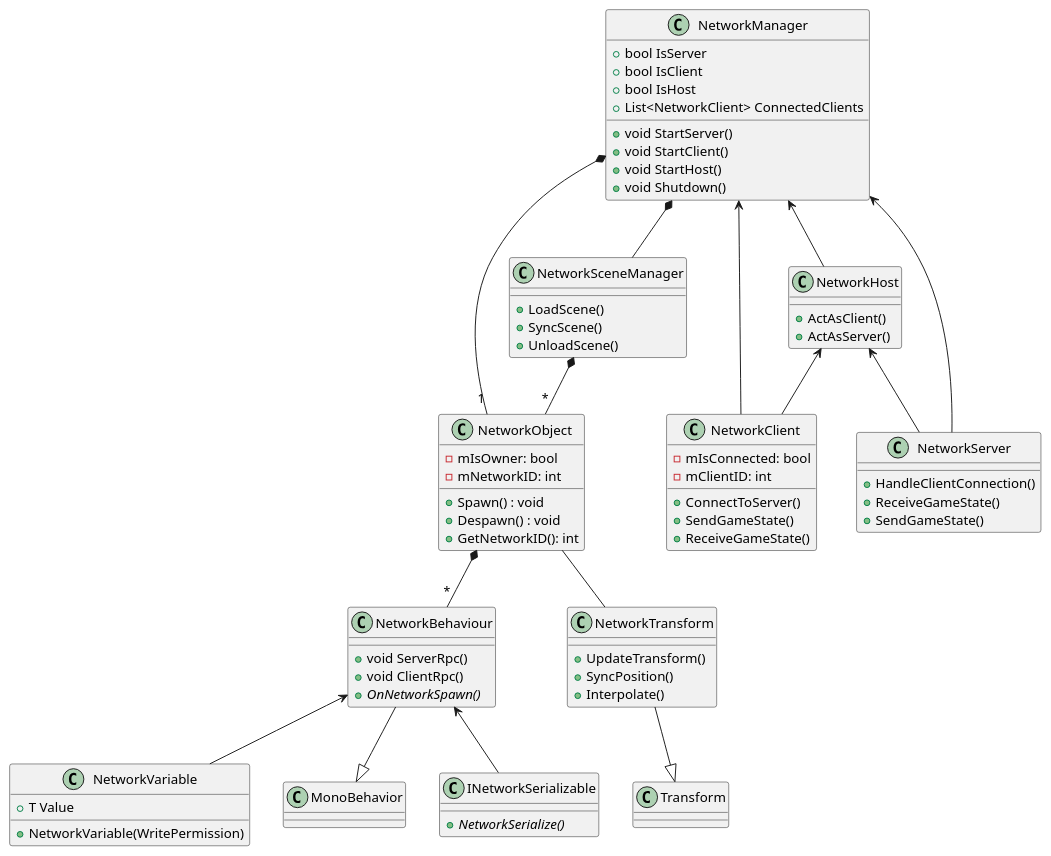
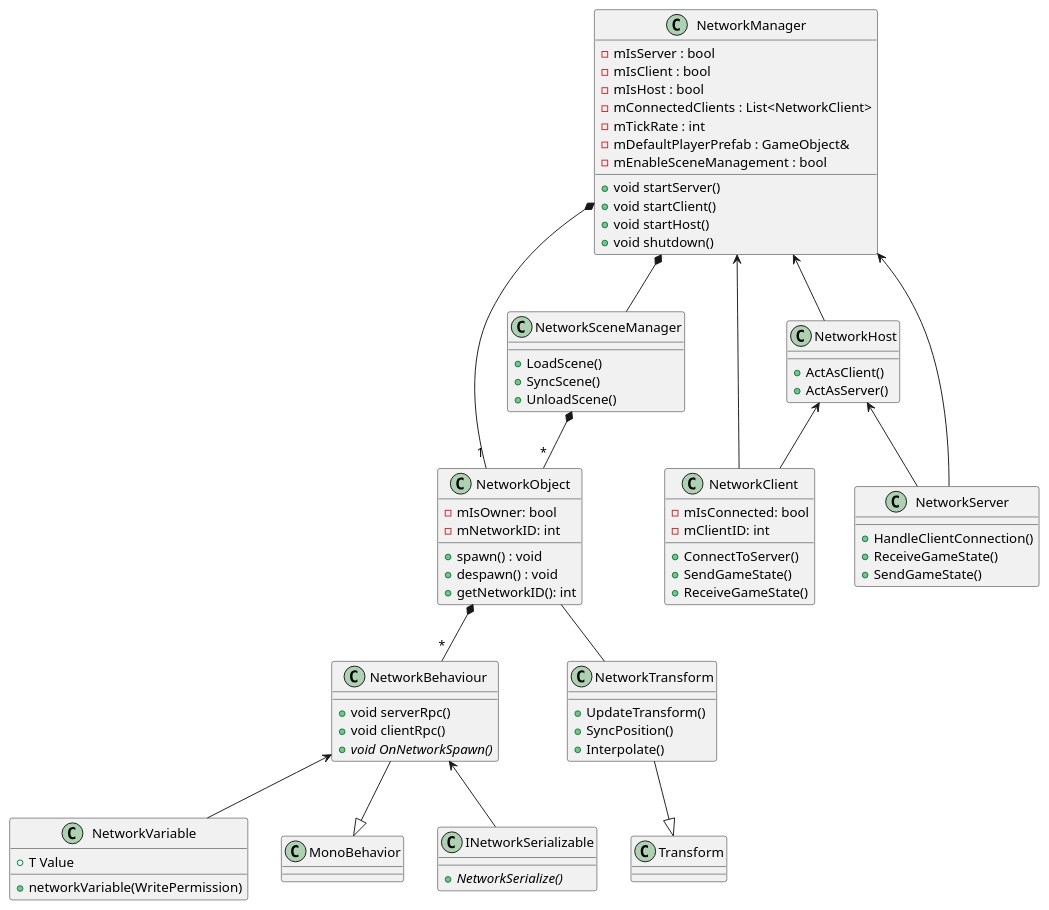
One commit to Seger01/GameEngine changed the diagram in docs/Diagrams/Multiplayer_Class.puml. Above: the diagram before and after it, drawn with PlantUML.

Commit message:
Updated network class diagram

```diff
--- a/docs/Diagrams/Multiplayer_Class.puml
+++ b/docs/Diagrams/Multiplayer_Class.puml
@@ -1,134 +1,141 @@
 @startuml
 
 class NetworkManager {
-    +bool IsServer
-    +bool IsClient
-    +bool IsHost
-    +List<NetworkClient> ConnectedClients
     
-    +void StartServer()
-    +void StartClient()
-    +void StartHost()
-    +void Shutdown()
+    
+    + void startServer()
+    + void startClient()
+    + void startHost()
+    + void shutdown()
+
+
+    - mIsServer : bool
+    - mIsClient : bool
+    - mIsHost : bool
+    - mConnectedClients : List<NetworkClient>
+    - mTickRate : int
+    - mDefaultPlayerPrefab : GameObject&
+    - mEnableSceneManagement : bool
 }
 
 class NetworkObject {
-    + Spawn() : void
-    + Despawn() : void
-    + GetNetworkID(): int
+    + spawn() : void
+    + despawn() : void
+    + getNetworkID(): int
+
     - mIsOwner: bool
     - mNetworkID: int
 }
 
 class NetworkBehaviour {
-    +void ServerRpc()
-    +void ClientRpc()
-    + {abstract} OnNetworkSpawn()
+    +void serverRpc()
+    +void clientRpc()
+    + {abstract} void OnNetworkSpawn()
     
 }
 
 ' Template class for network variables
 class NetworkVariable{
-    + NetworkVariable(WritePermission)
+    + networkVariable(WritePermission)
     + T Value
     
 }
 
 class MonoBehavior{}
 
 ' Maybe not needed
 class NetworkTransform {
     + UpdateTransform()
     + SyncPosition()
     + Interpolate()
 }
 
 class Transform{}
 
 class NetworkClient {
     + ConnectToServer()
     + SendGameState()
     + ReceiveGameState()
 
     - mIsConnected: bool
     - mClientID: int
 }
 
 class NetworkServer {
     + HandleClientConnection()
     + ReceiveGameState()
     + SendGameState()
 }
 
 class NetworkHost {
     + ActAsClient()
     + ActAsServer()
 }
 
 ' class NetworkMessage {
 '     + Serialize()
 '     + Deserialize()
 '     + SendMessage()
 '     - mMessageType: string
 ' }
 
 class NetworkSceneManager {
     + LoadScene()
     + SyncScene()
     + UnloadScene()
 }
 
 ' class NetworkInputManager {
 '     + CaptureInput()
 '     + SendInput()
 '     + ApplyInputPrediction()
 ' }
 
 ' class NetworkReplicationManager {
 '     + ReplicateObjectState()
 '     + SyncWithClients()
 '     + ApplyInterpolation()
 ' }
 
 ' class AuthorityManager {
 '     + AssignAuthority()
 '     + RequestControl()
 '     - mObjectAuthority: string
 ' }
 
 class INetworkSerializable {
     + {abstract} NetworkSerialize()
     ' + Deserialize()
 }
 
 NetworkManager <-- NetworkClient
 NetworkManager <-- NetworkServer
 NetworkManager <-- NetworkHost
 NetworkManager *-- NetworkSceneManager
 NetworkManager *-- "1" NetworkObject
 ' NetworkManager <-- AuthorityManager
 
 NetworkObject *-- "*" NetworkBehaviour
 NetworkObject -- NetworkTransform
 
 NetworkBehaviour --|> MonoBehavior
 NetworkBehaviour <-- NetworkVariable
 NetworkBehaviour <-- INetworkSerializable
 
 NetworkTransform --|> Transform
 
 ' NetworkClient --> NetworkInputManager
 ' NetworkClient --> NetworkMessage
 ' NetworkClient --> NetworkReplicationManager
 
 ' NetworkServer --> NetworkMessage
 ' NetworkServer --> NetworkReplicationManager
 
 
 NetworkHost <-- NetworkServer
 NetworkHost <-- NetworkClient
 
 ' AuthorityManager <-- NetworkObject
 NetworkSceneManager *-- "*" NetworkObject
 
 @enduml
```
